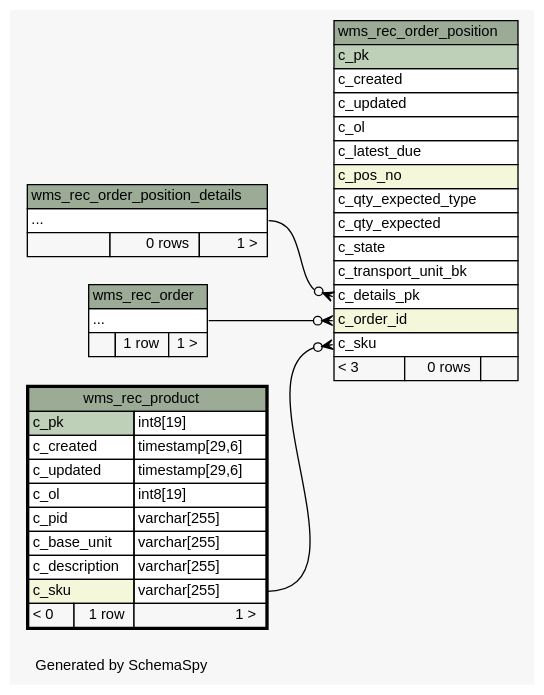
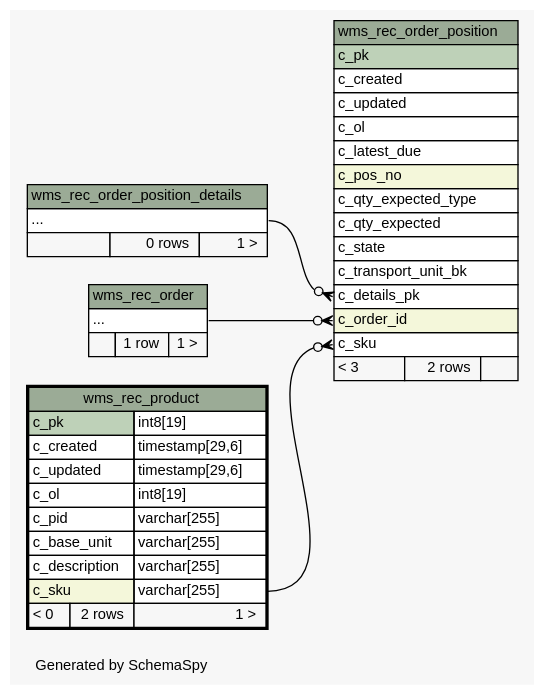
Before and after one commit to openwms/org.openwms.wms.receiving.lib: the diagram in schemaspy/diagrams/wms_rec_product.2degrees.dot, drawn with Graphviz. The commit also changed 175 other files, not shown here.

```diff
--- a/schemaspy/diagrams/wms_rec_product.2degrees.dot
+++ b/schemaspy/diagrams/wms_rec_product.2degrees.dot
@@ -1,84 +1,84 @@
 // dot 2.36.0 on Linux 4.4.0-101-generic
 // SchemaSpy rev Unknown
 digraph "twoDegreesRelationshipsDiagram" {
   graph [
     rankdir="RL"
     bgcolor="#f7f7f7"
     label="\nGenerated by SchemaSpy"
     labeljust="l"
     nodesep="0.18"
     ranksep="0.46"
     fontname="Helvetica"
     fontsize="11"
   ];
   node [
     fontname="Helvetica"
     fontsize="11"
     shape="plaintext"
   ];
   edge [
     arrowsize="0.8"
   ];
   "wms_rec_order_position":"c_details_pk":w -> "wms_rec_order_position_details":"elipses":e [arrowhead=none dir=back arrowtail=crowodot];
   "wms_rec_order_position":"c_order_id":w -> "wms_rec_order":"elipses":e [arrowhead=none dir=back arrowtail=crowodot];
   "wms_rec_order_position":"c_sku":w -> "wms_rec_product":"c_sku.type":e [arrowhead=none dir=back arrowtail=crowodot];
   "wms_rec_order" [
     label=<
     <TABLE BORDER="0" CELLBORDER="1" CELLSPACING="0" BGCOLOR="#ffffff">
       <TR><TD COLSPAN="3" BGCOLOR="#9bab96" ALIGN="CENTER">wms_rec_order</TD></TR>
       <TR><TD PORT="elipses" COLSPAN="3" ALIGN="LEFT">...</TD></TR>
       <TR><TD ALIGN="LEFT" BGCOLOR="#f7f7f7">  </TD><TD ALIGN="RIGHT" BGCOLOR="#f7f7f7">1 row</TD><TD ALIGN="RIGHT" BGCOLOR="#f7f7f7">1 &gt;</TD></TR>
     </TABLE>>
     URL="wms_rec_order.html"
     tooltip="wms_rec_order"
   ];
   "wms_rec_order_position" [
     label=<
     <TABLE BORDER="0" CELLBORDER="1" CELLSPACING="0" BGCOLOR="#ffffff">
       <TR><TD COLSPAN="3" BGCOLOR="#9bab96" ALIGN="CENTER">wms_rec_order_position</TD></TR>
       <TR><TD PORT="c_pk" COLSPAN="3" BGCOLOR="#bed1b8" ALIGN="LEFT">c_pk</TD></TR>
       <TR><TD PORT="c_created" COLSPAN="3" ALIGN="LEFT">c_created</TD></TR>
       <TR><TD PORT="c_updated" COLSPAN="3" ALIGN="LEFT">c_updated</TD></TR>
       <TR><TD PORT="c_ol" COLSPAN="3" ALIGN="LEFT">c_ol</TD></TR>
       <TR><TD PORT="c_latest_due" COLSPAN="3" ALIGN="LEFT">c_latest_due</TD></TR>
       <TR><TD PORT="c_pos_no" COLSPAN="3" BGCOLOR="#f4f7da" ALIGN="LEFT">c_pos_no</TD></TR>
       <TR><TD PORT="c_qty_expected_type" COLSPAN="3" ALIGN="LEFT">c_qty_expected_type</TD></TR>
       <TR><TD PORT="c_qty_expected" COLSPAN="3" ALIGN="LEFT">c_qty_expected</TD></TR>
       <TR><TD PORT="c_state" COLSPAN="3" ALIGN="LEFT">c_state</TD></TR>
       <TR><TD PORT="c_transport_unit_bk" COLSPAN="3" ALIGN="LEFT">c_transport_unit_bk</TD></TR>
       <TR><TD PORT="c_details_pk" COLSPAN="3" ALIGN="LEFT">c_details_pk</TD></TR>
       <TR><TD PORT="c_order_id" COLSPAN="3" BGCOLOR="#f4f7da" ALIGN="LEFT">c_order_id</TD></TR>
       <TR><TD PORT="c_sku" COLSPAN="3" ALIGN="LEFT">c_sku</TD></TR>
-      <TR><TD ALIGN="LEFT" BGCOLOR="#f7f7f7">&lt; 3</TD><TD ALIGN="RIGHT" BGCOLOR="#f7f7f7">0 rows</TD><TD ALIGN="RIGHT" BGCOLOR="#f7f7f7">  </TD></TR>
+      <TR><TD ALIGN="LEFT" BGCOLOR="#f7f7f7">&lt; 3</TD><TD ALIGN="RIGHT" BGCOLOR="#f7f7f7">2 rows</TD><TD ALIGN="RIGHT" BGCOLOR="#f7f7f7">  </TD></TR>
     </TABLE>>
     URL="wms_rec_order_position.html"
     tooltip="wms_rec_order_position"
   ];
   "wms_rec_order_position_details" [
     label=<
     <TABLE BORDER="0" CELLBORDER="1" CELLSPACING="0" BGCOLOR="#ffffff">
       <TR><TD COLSPAN="3" BGCOLOR="#9bab96" ALIGN="CENTER">wms_rec_order_position_details</TD></TR>
       <TR><TD PORT="elipses" COLSPAN="3" ALIGN="LEFT">...</TD></TR>
       <TR><TD ALIGN="LEFT" BGCOLOR="#f7f7f7">  </TD><TD ALIGN="RIGHT" BGCOLOR="#f7f7f7">0 rows</TD><TD ALIGN="RIGHT" BGCOLOR="#f7f7f7">1 &gt;</TD></TR>
     </TABLE>>
     URL="wms_rec_order_position_details.html"
     tooltip="wms_rec_order_position_details"
   ];
   "wms_rec_product" [
     label=<
     <TABLE BORDER="2" CELLBORDER="1" CELLSPACING="0" BGCOLOR="#ffffff">
       <TR><TD COLSPAN="3" BGCOLOR="#9bab96" ALIGN="CENTER">wms_rec_product</TD></TR>
       <TR><TD PORT="c_pk" COLSPAN="2" BGCOLOR="#bed1b8" ALIGN="LEFT">c_pk</TD><TD PORT="c_pk.type" ALIGN="LEFT">int8[19]</TD></TR>
       <TR><TD PORT="c_created" COLSPAN="2" ALIGN="LEFT">c_created</TD><TD PORT="c_created.type" ALIGN="LEFT">timestamp[29,6]</TD></TR>
       <TR><TD PORT="c_updated" COLSPAN="2" ALIGN="LEFT">c_updated</TD><TD PORT="c_updated.type" ALIGN="LEFT">timestamp[29,6]</TD></TR>
       <TR><TD PORT="c_ol" COLSPAN="2" ALIGN="LEFT">c_ol</TD><TD PORT="c_ol.type" ALIGN="LEFT">int8[19]</TD></TR>
       <TR><TD PORT="c_pid" COLSPAN="2" ALIGN="LEFT">c_pid</TD><TD PORT="c_pid.type" ALIGN="LEFT">varchar[255]</TD></TR>
       <TR><TD PORT="c_base_unit" COLSPAN="2" ALIGN="LEFT">c_base_unit</TD><TD PORT="c_base_unit.type" ALIGN="LEFT">varchar[255]</TD></TR>
       <TR><TD PORT="c_description" COLSPAN="2" ALIGN="LEFT">c_description</TD><TD PORT="c_description.type" ALIGN="LEFT">varchar[255]</TD></TR>
       <TR><TD PORT="c_sku" COLSPAN="2" BGCOLOR="#f4f7da" ALIGN="LEFT">c_sku</TD><TD PORT="c_sku.type" ALIGN="LEFT">varchar[255]</TD></TR>
-      <TR><TD ALIGN="LEFT" BGCOLOR="#f7f7f7">&lt; 0</TD><TD ALIGN="RIGHT" BGCOLOR="#f7f7f7">1 row</TD><TD ALIGN="RIGHT" BGCOLOR="#f7f7f7">1 &gt;</TD></TR>
+      <TR><TD ALIGN="LEFT" BGCOLOR="#f7f7f7">&lt; 0</TD><TD ALIGN="RIGHT" BGCOLOR="#f7f7f7">2 rows</TD><TD ALIGN="RIGHT" BGCOLOR="#f7f7f7">1 &gt;</TD></TR>
     </TABLE>>
     URL="wms_rec_product.html"
     tooltip="wms_rec_product"
   ];
 }
```
